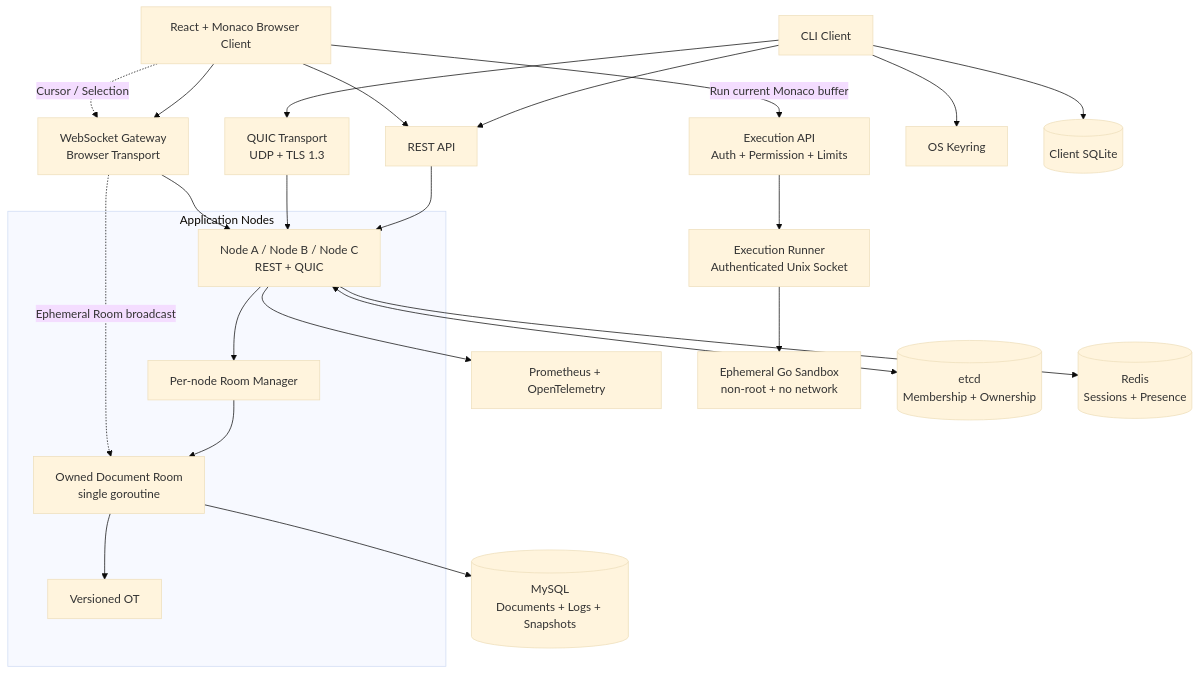
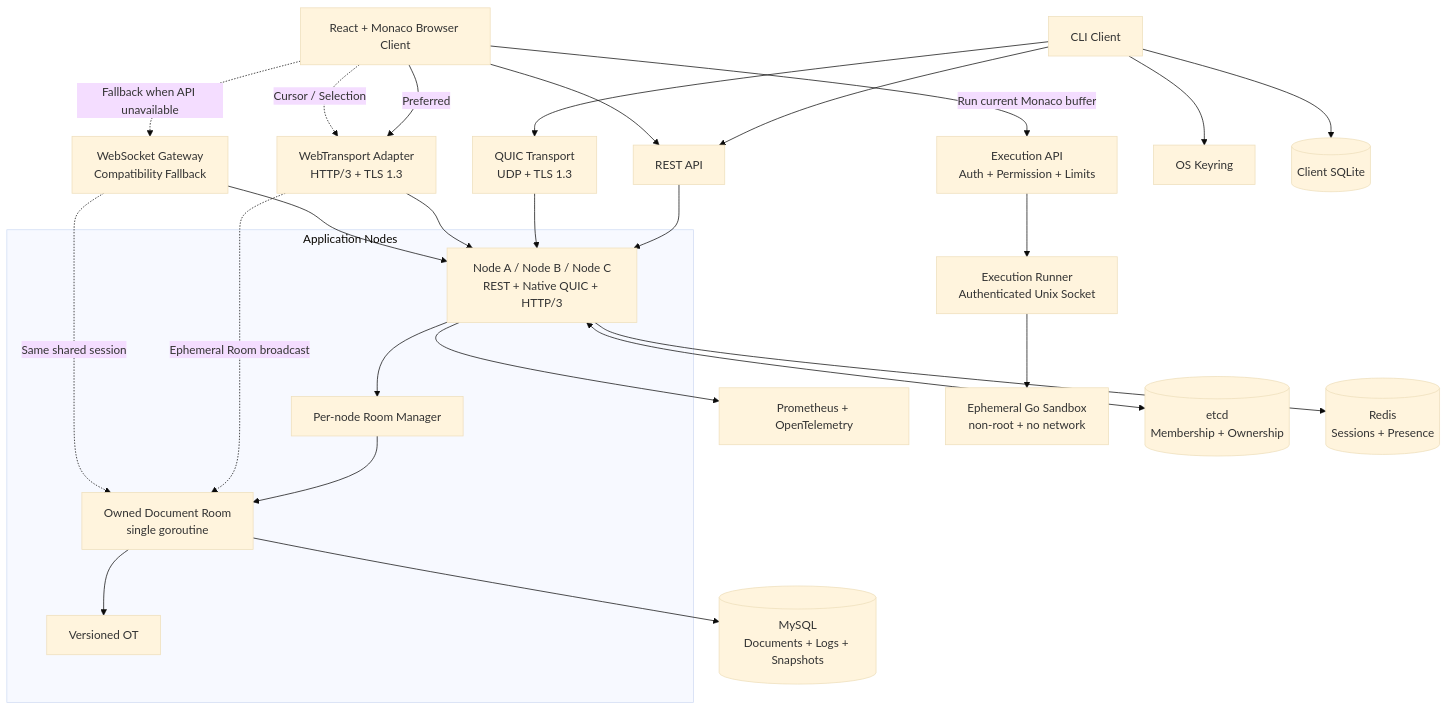
One commit to jiawei-wang-dev/go-realtime-collab-editor changed the diagram in README.md. Above: the diagram before and after it, drawn with Mermaid (base theme). The commit also changed other lines of this file and 65 other files, not shown here.

Commit message:
feat: finalize QUIC collaboration transport

````diff
--- a/README.md
+++ b/README.md
@@ -62,47 +64,51 @@
 ```mermaid
 flowchart TB
     Client[CLI Client]
     Browser[React + Monaco Browser Client]
     REST[REST API]
     QUIC[QUIC Transport<br/>UDP + TLS 1.3]
-    WS[WebSocket Gateway<br/>Browser Transport]
+    WT[WebTransport Adapter<br/>HTTP/3 + TLS 1.3]
+    WS[WebSocket Gateway<br/>Compatibility Fallback]
     ExecAPI[Execution API<br/>Auth + Permission + Limits]
     Keyring[OS Keyring]
     SQLite[(Client SQLite)]
     Obs[Prometheus + OpenTelemetry]
     Runner[Execution Runner<br/>Authenticated Unix Socket]
     Sandbox[Ephemeral Go Sandbox<br/>non-root + no network]
 
     subgraph Cluster[Application Nodes]
-        Nodes[Node A / Node B / Node C<br/>REST + QUIC]
+        Nodes[Node A / Node B / Node C<br/>REST + Native QUIC + HTTP/3]
         RM[Per-node Room Manager]
         Room[Owned Document Room<br/>single goroutine]
         OT[Versioned OT]
     end
 
     Etcd[(etcd<br/>Membership + Ownership)]
     MySQL[(MySQL<br/>Documents + Logs + Snapshots)]
     Redis[(Redis<br/>Sessions + Presence)]
 
     Client --> REST
     Client --> QUIC
     Browser --> REST
-    Browser --> WS
+    Browser -->|Preferred| WT
+    Browser -.->|Fallback when API unavailable| WS
     Browser -->|Run current Monaco buffer| ExecAPI
     Client --> SQLite
     Client --> Keyring
     REST --> Nodes
     QUIC --> Nodes
+    WT --> Nodes
     WS --> Nodes
     Nodes --> RM
     RM --> Room
     Room --> OT
-    Browser -. Cursor / Selection .-> WS
-    WS -. Ephemeral Room broadcast .-> Room
+    Browser -. Cursor / Selection .-> WT
+    WT -. Ephemeral Room broadcast .-> Room
+    WS -. Same shared session .-> Room
     Nodes <--> Etcd
     Room --> MySQL
     Nodes --> Redis
     Nodes --> Obs
     ExecAPI --> Runner
     Runner --> Sandbox
 ```
````
